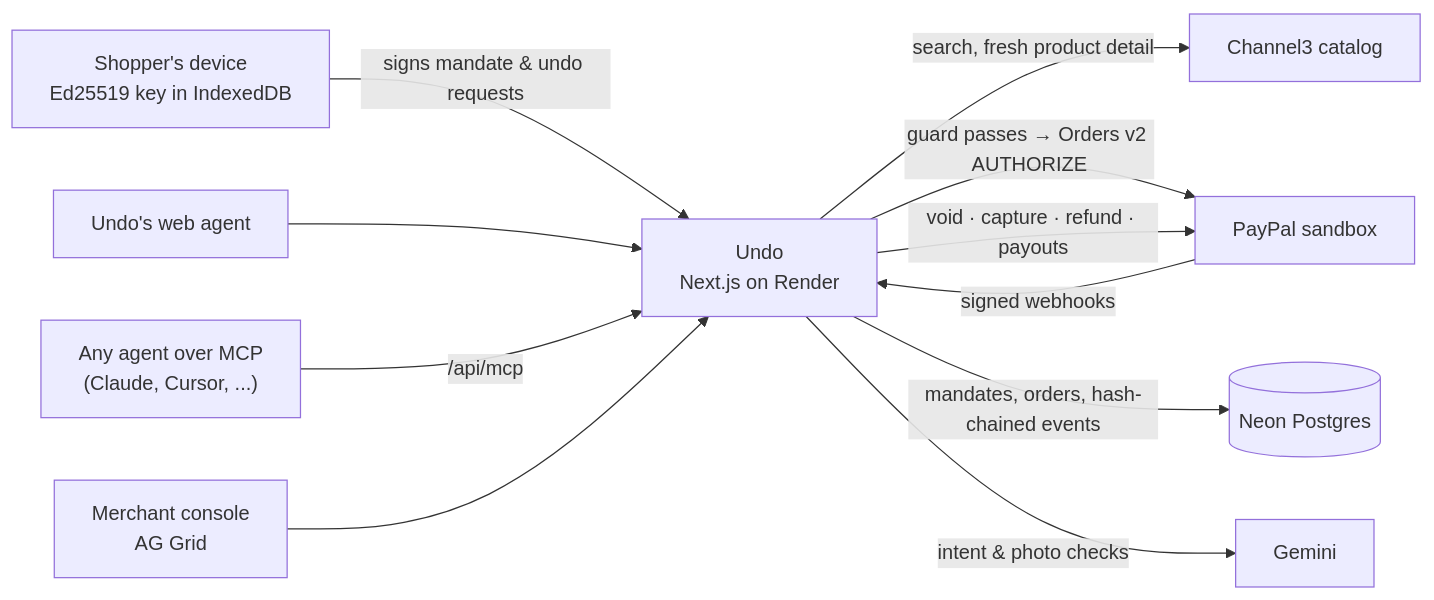
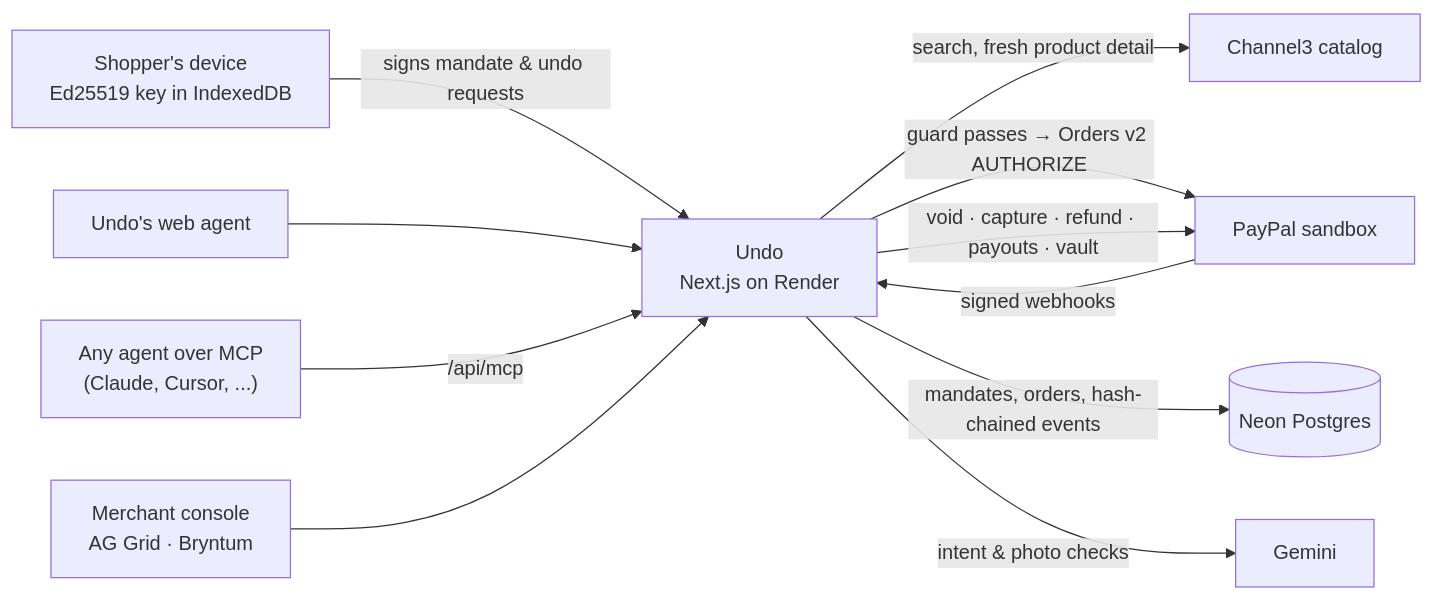
Before and after one commit to shloknarvekar/undo: the diagram in README.md, drawn with Mermaid. The commit also changed other lines of this file and 5 other files, not shown here.

````diff
--- a/README.md
+++ b/README.md
@@ -104,13 +118,13 @@
 ```mermaid
 flowchart LR
   S["Shopper's device<br/>Ed25519 key in IndexedDB"] -- "signs mandate & undo requests" --> U
   W["Undo's web agent"] --> U
   X["Any agent over MCP<br/>(Claude, Cursor, ...)"] -- "/api/mcp" --> U
   U["Undo<br/>Next.js on Render"] -- "search, fresh product detail" --> C["Channel3 catalog"]
   U -- "guard passes → Orders v2 AUTHORIZE" --> P["PayPal sandbox"]
-  U -- "void · capture · refund · payouts" --> P
+  U -- "void · capture · refund · payouts · vault" --> P
   P -- "signed webhooks" --> U
   U -- "mandates, orders, hash-chained events" --> D[("Neon Postgres")]
   U -- "intent & photo checks" --> G["Gemini"]
-  M["Merchant console<br/>AG Grid"] --> U
+  M["Merchant console<br/>AG Grid · Bryntum"] --> U
 ```
````
